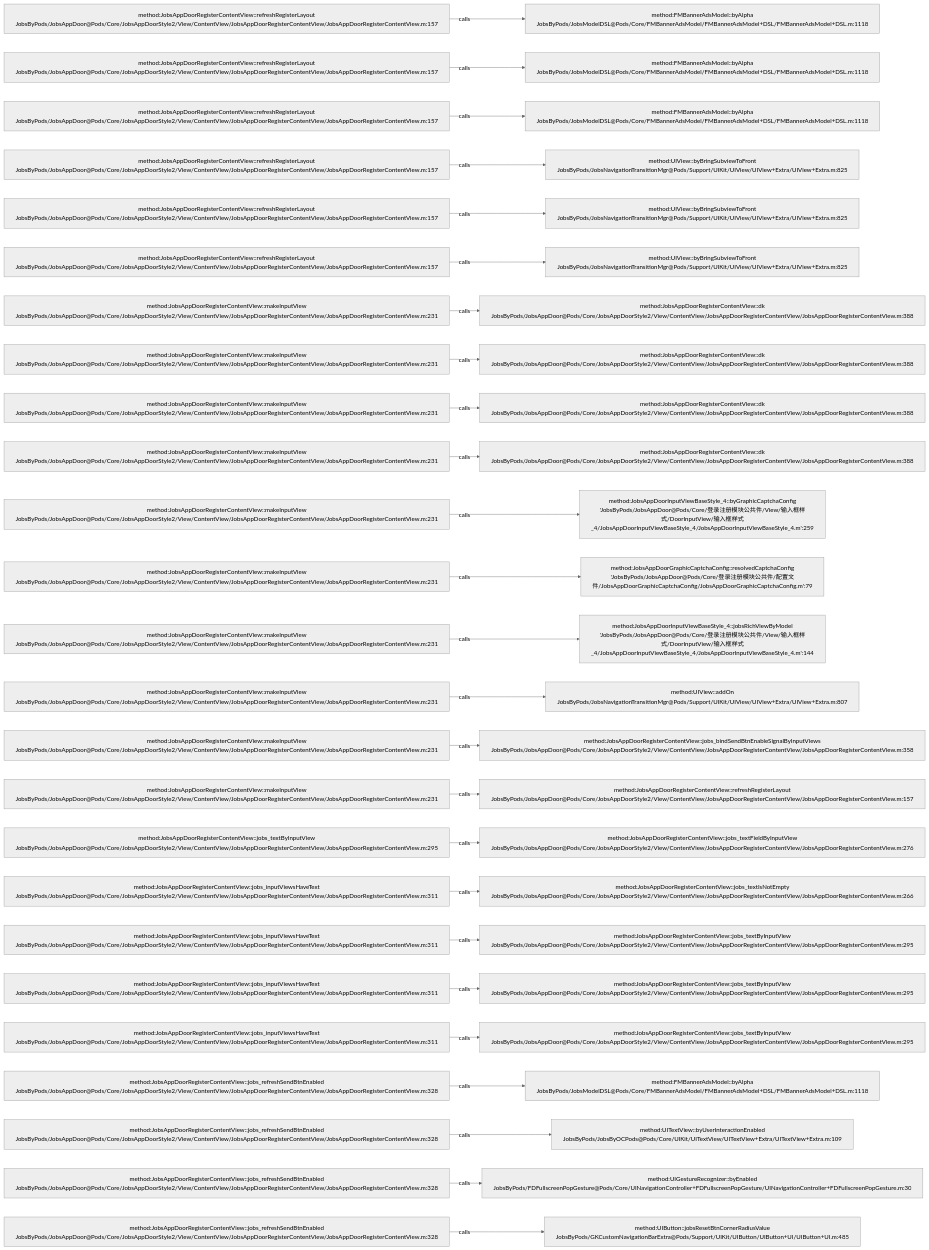
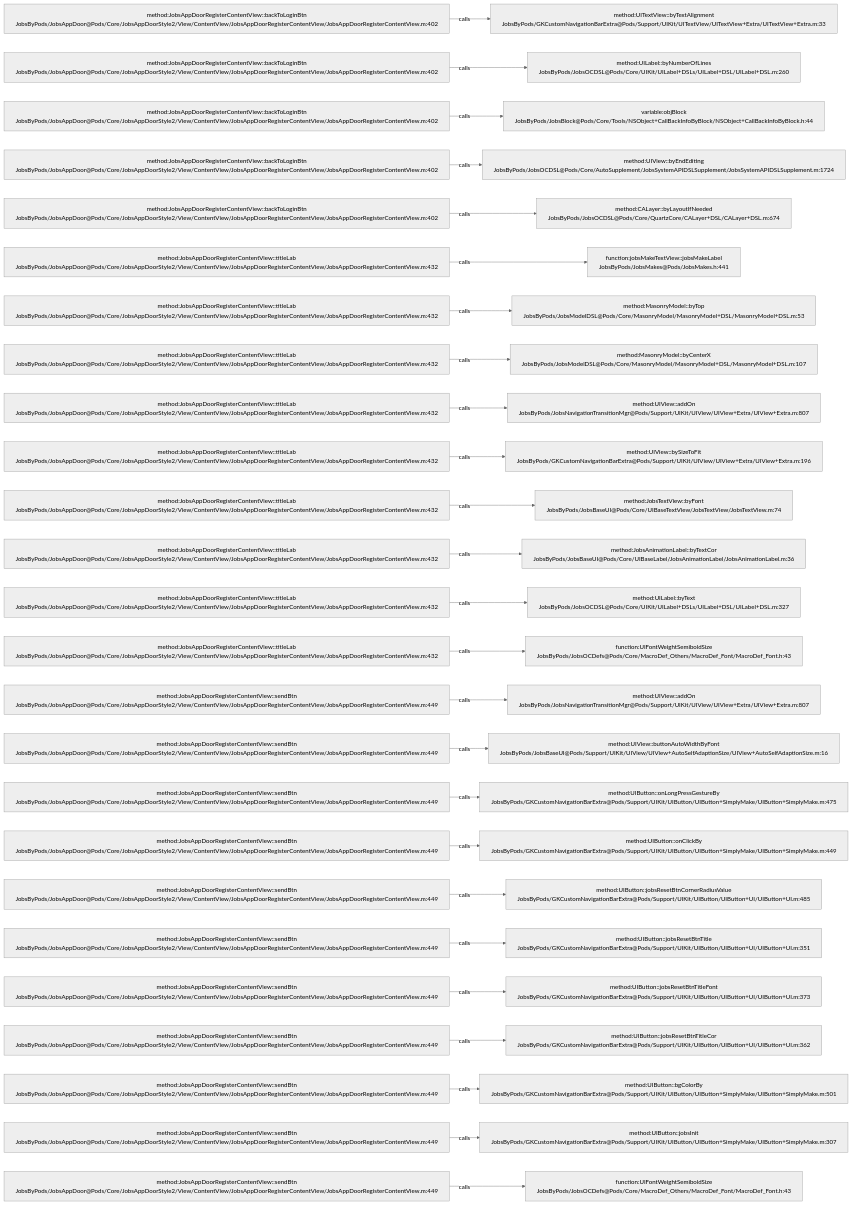
Before and after one commit to JobsKits/JobsOCBaseConfigDemo: the diagram in .codegraph/codegraph.md/graphs/calls-130.md, drawn with Mermaid (neutral theme). The commit also changed 223 other files, not shown here.

````diff
--- a/.codegraph/codegraph.md/graphs/calls-130.md
+++ b/.codegraph/codegraph.md/graphs/calls-130.md
@@ -13,78 +13,78 @@
 ```mermaid
 flowchart LR
-  S1["method:JobsAppDoorRegisterContentView::refreshRegisterLayout<br/>JobsByPods/JobsAppDoor@Pods/Core/JobsAppDoorStyle2/View/ContentView/JobsAppDoorRegisterContentView/JobsAppDoorRegisterContentView.m:157"]
-  T1["method:FMBannerAdsModel::byAlpha<br/>JobsByPods/JobsModelDSL@Pods/Core/FMBannerAdsModel/FMBannerAdsModel+DSL/FMBannerAdsModel+DSL.m:1118"]
+  S1["method:JobsAppDoorRegisterContentView::backToLoginBtn<br/>JobsByPods/JobsAppDoor@Pods/Core/JobsAppDoorStyle2/View/ContentView/JobsAppDoorRegisterContentView/JobsAppDoorRegisterContentView.m:402"]
+  T1["method:UITextView::byTextAlignment<br/>JobsByPods/GKCustomNavigationBarExtra@Pods/Support/UIKit/UITextView/UITextView+Extra/UITextView+Extra.m:33"]
   S1 -->|calls| T1
-  S2["method:JobsAppDoorRegisterContentView::refreshRegisterLayout<br/>JobsByPods/JobsAppDoor@Pods/Core/JobsAppDoorStyle2/View/ContentView/JobsAppDoorRegisterContentView/JobsAppDoorRegisterContentView.m:157"]
-  T2["method:FMBannerAdsModel::byAlpha<br/>JobsByPods/JobsModelDSL@Pods/Core/FMBannerAdsModel/FMBannerAdsModel+DSL/FMBannerAdsModel+DSL.m:1118"]
+  S2["method:JobsAppDoorRegisterContentView::backToLoginBtn<br/>JobsByPods/JobsAppDoor@Pods/Core/JobsAppDoorStyle2/View/ContentView/JobsAppDoorRegisterContentView/JobsAppDoorRegisterContentView.m:402"]
+  T2["method:UILabel::byNumberOfLines<br/>JobsByPods/JobsOCDSL@Pods/Core/UIKit/UILabel+DSLs/UILabel+DSL/UILabel+DSL.m:260"]
   S2 -->|calls| T2
-  S3["method:JobsAppDoorRegisterContentView::refreshRegisterLayout<br/>JobsByPods/JobsAppDoor@Pods/Core/JobsAppDoorStyle2/View/ContentView/JobsAppDoorRegisterContentView/JobsAppDoorRegisterContentView.m:157"]
-  T3["method:FMBannerAdsModel::byAlpha<br/>JobsByPods/JobsModelDSL@Pods/Core/FMBannerAdsModel/FMBannerAdsModel+DSL/FMBannerAdsModel+DSL.m:1118"]
+  S3["method:JobsAppDoorRegisterContentView::backToLoginBtn<br/>JobsByPods/JobsAppDoor@Pods/Core/JobsAppDoorStyle2/View/ContentView/JobsAppDoorRegisterContentView/JobsAppDoorRegisterContentView.m:402"]
+  T3["variable:objBlock<br/>JobsByPods/JobsBlock@Pods/Core/Tools/NSObject+CallBackInfoByBlock/NSObject+CallBackInfoByBlock.h:44"]
   S3 -->|calls| T3
-  S4["method:JobsAppDoorRegisterContentView::refreshRegisterLayout<br/>JobsByPods/JobsAppDoor@Pods/Core/JobsAppDoorStyle2/View/ContentView/JobsAppDoorRegisterContentView/JobsAppDoorRegisterContentView.m:157"]
-  T4["method:UIView::byBringSubviewToFront<br/>JobsByPods/JobsNavigationTransitionMgr@Pods/Support/UIKit/UIView/UIView+Extra/UIView+Extra.m:825"]
+  S4["method:JobsAppDoorRegisterContentView::backToLoginBtn<br/>JobsByPods/JobsAppDoor@Pods/Core/JobsAppDoorStyle2/View/ContentView/JobsAppDoorRegisterContentView/JobsAppDoorRegisterContentView.m:402"]
+  T4["method:UIView::byEndEditing<br/>JobsByPods/JobsOCDSL@Pods/Core/AutoSupplement/JobsSystemAPIDSLSupplement/JobsSystemAPIDSLSupplement.m:1724"]
   S4 -->|calls| T4
-  S5["method:JobsAppDoorRegisterContentView::refreshRegisterLayout<br/>JobsByPods/JobsAppDoor@Pods/Core/JobsAppDoorStyle2/View/ContentView/JobsAppDoorRegisterContentView/JobsAppDoorRegisterContentView.m:157"]
-  T5["method:UIView::byBringSubviewToFront<br/>JobsByPods/JobsNavigationTransitionMgr@Pods/Support/UIKit/UIView/UIView+Extra/UIView+Extra.m:825"]
+  S5["method:JobsAppDoorRegisterContentView::backToLoginBtn<br/>JobsByPods/JobsAppDoor@Pods/Core/JobsAppDoorStyle2/View/ContentView/JobsAppDoorRegisterContentView/JobsAppDoorRegisterContentView.m:402"]
+  T5["method:CALayer::byLayoutIfNeeded<br/>JobsByPods/JobsOCDSL@Pods/Core/QuartzCore/CALayer+DSL/CALayer+DSL.m:674"]
   S5 -->|calls| T5
-  S6["method:JobsAppDoorRegisterContentView::refreshRegisterLayout<br/>JobsByPods/JobsAppDoor@Pods/Core/JobsAppDoorStyle2/View/ContentView/JobsAppDoorRegisterContentView/JobsAppDoorRegisterContentView.m:157"]
-  T6["method:UIView::byBringSubviewToFront<br/>JobsByPods/JobsNavigationTransitionMgr@Pods/Support/UIKit/UIView/UIView+Extra/UIView+Extra.m:825"]
+  S6["method:JobsAppDoorRegisterContentView::titleLab<br/>JobsByPods/JobsAppDoor@Pods/Core/JobsAppDoorStyle2/View/ContentView/JobsAppDoorRegisterContentView/JobsAppDoorRegisterContentView.m:432"]
+  T6["function:jobsMakeTextView::jobsMakeLabel<br/>JobsByPods/JobsMakes@Pods/JobsMakes.h:441"]
   S6 -->|calls| T6
-  S7["method:JobsAppDoorRegisterContentView::makeInputView<br/>JobsByPods/JobsAppDoor@Pods/Core/JobsAppDoorStyle2/View/ContentView/JobsAppDoorRegisterContentView/JobsAppDoorRegisterContentView.m:231"]
-  T7["method:JobsAppDoorRegisterContentView::dk<br/>JobsByPods/JobsAppDoor@Pods/Core/JobsAppDoorStyle2/View/ContentView/JobsAppDoorRegisterContentView/JobsAppDoorRegisterContentView.m:388"]
+  S7["method:JobsAppDoorRegisterContentView::titleLab<br/>JobsByPods/JobsAppDoor@Pods/Core/JobsAppDoorStyle2/View/ContentView/JobsAppDoorRegisterContentView/JobsAppDoorRegisterContentView.m:432"]
+  T7["method:MasonryModel::byTop<br/>JobsByPods/JobsModelDSL@Pods/Core/MasonryModel/MasonryModel+DSL/MasonryModel+DSL.m:53"]
   S7 -->|calls| T7
-  S8["method:JobsAppDoorRegisterContentView::makeInputView<br/>JobsByPods/JobsAppDoor@Pods/Core/JobsAppDoorStyle2/View/ContentView/JobsAppDoorRegisterContentView/JobsAppDoorRegisterContentView.m:231"]
-  T8["method:JobsAppDoorRegisterContentView::dk<br/>JobsByPods/JobsAppDoor@Pods/Core/JobsAppDoorStyle2/View/ContentView/JobsAppDoorRegisterContentView/JobsAppDoorRegisterContentView.m:388"]
+  S8["method:JobsAppDoorRegisterContentView::titleLab<br/>JobsByPods/JobsAppDoor@Pods/Core/JobsAppDoorStyle2/View/ContentView/JobsAppDoorRegisterContentView/JobsAppDoorRegisterContentView.m:432"]
+  T8["method:MasonryModel::byCenterX<br/>JobsByPods/JobsModelDSL@Pods/Core/MasonryModel/MasonryModel+DSL/MasonryModel+DSL.m:107"]
   S8 -->|calls| T8
-  S9["method:JobsAppDoorRegisterContentView::makeInputView<br/>JobsByPods/JobsAppDoor@Pods/Core/JobsAppDoorStyle2/View/ContentView/JobsAppDoorRegisterContentView/JobsAppDoorRegisterContentView.m:231"]
-  T9["method:JobsAppDoorRegisterContentView::dk<br/>JobsByPods/JobsAppDoor@Pods/Core/JobsAppDoorStyle2/View/ContentView/JobsAppDoorRegisterContentView/JobsAppDoorRegisterContentView.m:388"]
+  S9["method:JobsAppDoorRegisterContentView::titleLab<br/>JobsByPods/JobsAppDoor@Pods/Core/JobsAppDoorStyle2/View/ContentView/JobsAppDoorRegisterContentView/JobsAppDoorRegisterContentView.m:432"]
+  T9["method:UIView::addOn<br/>JobsByPods/JobsNavigationTransitionMgr@Pods/Support/UIKit/UIView/UIView+Extra/UIView+Extra.m:807"]
   S9 -->|calls| T9
-  S10["method:JobsAppDoorRegisterContentView::makeInputView<br/>JobsByPods/JobsAppDoor@Pods/Core/JobsAppDoorStyle2/View/ContentView/JobsAppDoorRegisterContentView/JobsAppDoorRegisterContentView.m:231"]
-  T10["method:JobsAppDoorRegisterContentView::dk<br/>JobsByPods/JobsAppDoor@Pods/Core/JobsAppDoorStyle2/View/ContentView/JobsAppDoorRegisterContentView/JobsAppDoorRegisterContentView.m:388"]
+  S10["method:JobsAppDoorRegisterContentView::titleLab<br/>JobsByPods/JobsAppDoor@Pods/Core/JobsAppDoorStyle2/View/ContentView/JobsAppDoorRegisterContentView/JobsAppDoorRegisterContentView.m:432"]
+  T10["method:UIView::bySizeToFit<br/>JobsByPods/GKCustomNavigationBarExtra@Pods/Support/UIKit/UIView/UIView+Extra/UIView+Extra.m:196"]
   S10 -->|calls| T10
-  S11["method:JobsAppDoorRegisterContentView::makeInputView<br/>JobsByPods/JobsAppDoor@Pods/Core/JobsAppDoorStyle2/View/ContentView/JobsAppDoorRegisterContentView/JobsAppDoorRegisterContentView.m:231"]
-  T11["method:JobsAppDoorInputViewBaseStyle_4::byGraphicCaptchaConfig<br/>'JobsByPods/JobsAppDoor@Pods/Core/登录注册模块公共件/View/输入框样式/DoorInputView/输入框样式_4/JobsAppDoorInputViewBaseStyle_4/JobsAppDoorInputViewBaseStyle_4.m':259"]
+  S11["method:JobsAppDoorRegisterContentView::titleLab<br/>JobsByPods/JobsAppDoor@Pods/Core/JobsAppDoorStyle2/View/ContentView/JobsAppDoorRegisterContentView/JobsAppDoorRegisterContentView.m:432"]
+  T11["method:JobsTextView::byFont<br/>JobsByPods/JobsBaseUI@Pods/Core/UIBaseTextView/JobsTextView/JobsTextView.m:74"]
   S11 -->|calls| T11
-  S12["method:JobsAppDoorRegisterContentView::makeInputView<br/>JobsByPods/JobsAppDoor@Pods/Core/JobsAppDoorStyle2/View/ContentView/JobsAppDoorRegisterContentView/JobsAppDoorRegisterContentView.m:231"]
-  T12["method:JobsAppDoorGraphicCaptchaConfig::resolvedCaptchaConfig<br/>'JobsByPods/JobsAppDoor@Pods/Core/登录注册模块公共件/配置文件/JobsAppDoorGraphicCaptchaConfig/JobsAppDoorGraphicCaptchaConfig.m':79"]
+  S12["method:JobsAppDoorRegisterContentView::titleLab<br/>JobsByPods/JobsAppDoor@Pods/Core/JobsAppDoorStyle2/View/ContentView/JobsAppDoorRegisterContentView/JobsAppDoorRegisterContentView.m:432"]
+  T12["method:JobsAnimationLabel::byTextCor<br/>JobsByPods/JobsBaseUI@Pods/Core/UIBaseLabel/JobsAnimationLabel/JobsAnimationLabel.m:36"]
   S12 -->|calls| T12
-  S13["method:JobsAppDoorRegisterContentView::makeInputView<br/>JobsByPods/JobsAppDoor@Pods/Core/JobsAppDoorStyle2/View/ContentView/JobsAppDoorRegisterContentView/JobsAppDoorRegisterContentView.m:231"]
-  T13["method:JobsAppDoorInputViewBaseStyle_4::jobsRichViewByModel<br/>'JobsByPods/JobsAppDoor@Pods/Core/登录注册模块公共件/View/输入框样式/DoorInputView/输入框样式_4/JobsAppDoorInputViewBaseStyle_4/JobsAppDoorInputViewBaseStyle_4.m':144"]
+  S13["method:JobsAppDoorRegisterContentView::titleLab<br/>JobsByPods/JobsAppDoor@Pods/Core/JobsAppDoorStyle2/View/ContentView/JobsAppDoorRegisterContentView/JobsAppDoorRegisterContentView.m:432"]
+  T13["method:UILabel::byText<br/>JobsByPods/JobsOCDSL@Pods/Core/UIKit/UILabel+DSLs/UILabel+DSL/UILabel+DSL.m:327"]
   S13 -->|calls| T13
-  S14["method:JobsAppDoorRegisterContentView::makeInputView<br/>JobsByPods/JobsAppDoor@Pods/Core/JobsAppDoorStyle2/View/ContentView/JobsAppDoorRegisterContentView/JobsAppDoorRegisterContentView.m:231"]
-  T14["method:UIView::addOn<br/>JobsByPods/JobsNavigationTransitionMgr@Pods/Support/UIKit/UIView/UIView+Extra/UIView+Extra.m:807"]
+  S14["method:JobsAppDoorRegisterContentView::titleLab<br/>JobsByPods/JobsAppDoor@Pods/Core/JobsAppDoorStyle2/View/ContentView/JobsAppDoorRegisterContentView/JobsAppDoorRegisterContentView.m:432"]
+  T14["function:UIFontWeightSemiboldSize<br/>JobsByPods/JobsOCDefs@Pods/Core/MacroDef_Others/MacroDef_Font/MacroDef_Font.h:43"]
   S14 -->|calls| T14
-  S15["method:JobsAppDoorRegisterContentView::makeInputView<br/>JobsByPods/JobsAppDoor@Pods/Core/JobsAppDoorStyle2/View/ContentView/JobsAppDoorRegisterContentView/JobsAppDoorRegisterContentView.m:231"]
-  T15["method:JobsAppDoorRegisterContentView::jobs_bindSendBtnEnableSignalByInputViews<br/>JobsByPods/JobsAppDoor@Pods/Core/JobsAppDoorStyle2/View/ContentView/JobsAppDoorRegisterContentView/JobsAppDoorRegisterContentView.m:358"]
+  S15["method:JobsAppDoorRegisterContentView::sendBtn<br/>JobsByPods/JobsAppDoor@Pods/Core/JobsAppDoorStyle2/View/ContentView/JobsAppDoorRegisterContentView/JobsAppDoorRegisterContentView.m:449"]
+  T15["method:UIView::addOn<br/>JobsByPods/JobsNavigationTransitionMgr@Pods/Support/UIKit/UIView/UIView+Extra/UIView+Extra.m:807"]
   S15 -->|calls| T15
-  S16["method:JobsAppDoorRegisterContentView::makeInputView<br/>JobsByPods/JobsAppDoor@Pods/Core/JobsAppDoorStyle2/View/ContentView/JobsAppDoorRegisterContentView/JobsAppDoorRegisterContentView.m:231"]
-  T16["method:JobsAppDoorRegisterContentView::refreshRegisterLayout<br/>JobsByPods/JobsAppDoor@Pods/Core/JobsAppDoorStyle2/View/ContentView/JobsAppDoorRegisterContentView/JobsAppDoorRegisterContentView.m:157"]
+  S16["method:JobsAppDoorRegisterContentView::sendBtn<br/>JobsByPods/JobsAppDoor@Pods/Core/JobsAppDoorStyle2/View/ContentView/JobsAppDoorRegisterContentView/JobsAppDoorRegisterContentView.m:449"]
+  T16["method:UIView::buttonAutoWidthByFont<br/>JobsByPods/JobsBaseUI@Pods/Support/UIKit/UIView/UIView+AutoSelfAdaptionSize/UIView+AutoSelfAdaptionSize.m:16"]
   S16 -->|calls| T16
-  S17["method:JobsAppDoorRegisterContentView::jobs_textByInputView<br/>JobsByPods/JobsAppDoor@Pods/Core/JobsAppDoorStyle2/View/ContentView/JobsAppDoorRegisterContentView/JobsAppDoorRegisterContentView.m:295"]
-  T17["method:JobsAppDoorRegisterContentView::jobs_textFieldByInputView<br/>JobsByPods/JobsAppDoor@Pods/Core/JobsAppDoorStyle2/View/ContentView/JobsAppDoorRegisterContentView/JobsAppDoorRegisterContentView.m:276"]
+  S17["method:JobsAppDoorRegisterContentView::sendBtn<br/>JobsByPods/JobsAppDoor@Pods/Core/JobsAppDoorStyle2/View/ContentView/JobsAppDoorRegisterContentView/JobsAppDoorRegisterContentView.m:449"]
+  T17["method:UIButton::onLongPressGestureBy<br/>JobsByPods/GKCustomNavigationBarExtra@Pods/Support/UIKit/UIButton/UIButton+SimplyMake/UIButton+SimplyMake.m:475"]
   S17 -->|calls| T17
-  S18["method:JobsAppDoorRegisterContentView::jobs_inputViewsHaveText<br/>JobsByPods/JobsAppDoor@Pods/Core/JobsAppDoorStyle2/View/ContentView/JobsAppDoorRegisterContentView/JobsAppDoorRegisterContentView.m:311"]
-  T18["method:JobsAppDoorRegisterContentView::jobs_textIsNotEmpty<br/>JobsByPods/JobsAppDoor@Pods/Core/JobsAppDoorStyle2/View/ContentView/JobsAppDoorRegisterContentView/JobsAppDoorRegisterContentView.m:266"]
+  S18["method:JobsAppDoorRegisterContentView::sendBtn<br/>JobsByPods/JobsAppDoor@Pods/Core/JobsAppDoorStyle2/View/ContentView/JobsAppDoorRegisterContentView/JobsAppDoorRegisterContentView.m:449"]
+  T18["method:UIButton::onClickBy<br/>JobsByPods/GKCustomNavigationBarExtra@Pods/Support/UIKit/UIButton/UIButton+SimplyMake/UIButton+SimplyMake.m:449"]
   S18 -->|calls| T18
-  S19["method:JobsAppDoorRegisterContentView::jobs_inputViewsHaveText<br/>JobsByPods/JobsAppDoor@Pods/Core/JobsAppDoorStyle2/View/ContentView/JobsAppDoorRegisterContentView/JobsAppDoorRegisterContentView.m:311"]
-  T19["method:JobsAppDoorRegisterContentView::jobs_textByInputView<br/>JobsByPods/JobsAppDoor@Pods/Core/JobsAppDoorStyle2/View/ContentView/JobsAppDoorRegisterContentView/JobsAppDoorRegisterContentView.m:295"]
+  S19["method:JobsAppDoorRegisterContentView::sendBtn<br/>JobsByPods/JobsAppDoor@Pods/Core/JobsAppDoorStyle2/View/ContentView/JobsAppDoorRegisterContentView/JobsAppDoorRegisterContentView.m:449"]
+  T19["method:UIButton::jobsResetBtnCornerRadiusValue<br/>JobsByPods/GKCustomNavigationBarExtra@Pods/Support/UIKit/UIButton/UIButton+UI/UIButton+UI.m:485"]
   S19 -->|calls| T19
-  S20["method:JobsAppDoorRegisterContentView::jobs_inputViewsHaveText<br/>JobsByPods/JobsAppDoor@Pods/Core/JobsAppDoorStyle2/View/ContentView/JobsAppDoorRegisterContentView/JobsAppDoorRegisterContentView.m:311"]
-  T20["method:JobsAppDoorRegisterContentView::jobs_textByInputView<br/>JobsByPods/JobsAppDoor@Pods/Core/JobsAppDoorStyle2/View/ContentView/JobsAppDoorRegisterContentView/JobsAppDoorRegisterContentView.m:295"]
+  S20["method:JobsAppDoorRegisterContentView::sendBtn<br/>JobsByPods/JobsAppDoor@Pods/Core/JobsAppDoorStyle2/View/ContentView/JobsAppDoorRegisterContentView/JobsAppDoorRegisterContentView.m:449"]
+  T20["method:UIButton::jobsResetBtnTitle<br/>JobsByPods/GKCustomNavigationBarExtra@Pods/Support/UIKit/UIButton/UIButton+UI/UIButton+UI.m:351"]
   S20 -->|calls| T20
-  S21["method:JobsAppDoorRegisterContentView::jobs_inputViewsHaveText<br/>JobsByPods/JobsAppDoor@Pods/Core/JobsAppDoorStyle2/View/ContentView/JobsAppDoorRegisterContentView/JobsAppDoorRegisterContentView.m:311"]
-  T21["method:JobsAppDoorRegisterContentView::jobs_textByInputView<br/>JobsByPods/JobsAppDoor@Pods/Core/JobsAppDoorStyle2/View/ContentView/JobsAppDoorRegisterContentView/JobsAppDoorRegisterContentView.m:295"]
+  S21["method:JobsAppDoorRegisterContentView::sendBtn<br/>JobsByPods/JobsAppDoor@Pods/Core/JobsAppDoorStyle2/View/ContentView/JobsAppDoorRegisterContentView/JobsAppDoorRegisterContentView.m:449"]
+  T21["method:UIButton::jobsResetBtnTitleFont<br/>JobsByPods/GKCustomNavigationBarExtra@Pods/Support/UIKit/UIButton/UIButton+UI/UIButton+UI.m:373"]
   S21 -->|calls| T21
-  S22["method:JobsAppDoorRegisterContentView::jobs_refreshSendBtnEnabled<br/>JobsByPods/JobsAppDoor@Pods/Core/JobsAppDoorStyle2/View/ContentView/JobsAppDoorRegisterContentView/JobsAppDoorRegisterContentView.m:328"]
-  T22["method:FMBannerAdsModel::byAlpha<br/>JobsByPods/JobsModelDSL@Pods/Core/FMBannerAdsModel/FMBannerAdsModel+DSL/FMBannerAdsModel+DSL.m:1118"]
+  S22["method:JobsAppDoorRegisterContentView::sendBtn<br/>JobsByPods/JobsAppDoor@Pods/Core/JobsAppDoorStyle2/View/ContentView/JobsAppDoorRegisterContentView/JobsAppDoorRegisterContentView.m:449"]
+  T22["method:UIButton::jobsResetBtnTitleCor<br/>JobsByPods/GKCustomNavigationBarExtra@Pods/Support/UIKit/UIButton/UIButton+UI/UIButton+UI.m:362"]
   S22 -->|calls| T22
-  S23["method:JobsAppDoorRegisterContentView::jobs_refreshSendBtnEnabled<br/>JobsByPods/JobsAppDoor@Pods/Core/JobsAppDoorStyle2/View/ContentView/JobsAppDoorRegisterContentView/JobsAppDoorRegisterContentView.m:328"]
-  T23["method:UITextView::byUserInteractionEnabled<br/>JobsByPods/JobsByOCPods@Pods/Core/UIKit/UITextView/UITextView+Extra/UITextView+Extra.m:109"]
+  S23["method:JobsAppDoorRegisterContentView::sendBtn<br/>JobsByPods/JobsAppDoor@Pods/Core/JobsAppDoorStyle2/View/ContentView/JobsAppDoorRegisterContentView/JobsAppDoorRegisterContentView.m:449"]
+  T23["method:UIButton::bgColorBy<br/>JobsByPods/GKCustomNavigationBarExtra@Pods/Support/UIKit/UIButton/UIButton+SimplyMake/UIButton+SimplyMake.m:501"]
   S23 -->|calls| T23
-  S24["method:JobsAppDoorRegisterContentView::jobs_refreshSendBtnEnabled<br/>JobsByPods/JobsAppDoor@Pods/Core/JobsAppDoorStyle2/View/ContentView/JobsAppDoorRegisterContentView/JobsAppDoorRegisterContentView.m:328"]
-  T24["method:UIGestureRecognizer::byEnabled<br/>JobsByPods/FDFullscreenPopGesture@Pods/Core/UINavigationController+FDFullscreenPopGesture/UINavigationController+FDFullscreenPopGesture.m:30"]
+  S24["method:JobsAppDoorRegisterContentView::sendBtn<br/>JobsByPods/JobsAppDoor@Pods/Core/JobsAppDoorStyle2/View/ContentView/JobsAppDoorRegisterContentView/JobsAppDoorRegisterContentView.m:449"]
+  T24["method:UIButton::jobsInit<br/>JobsByPods/GKCustomNavigationBarExtra@Pods/Support/UIKit/UIButton/UIButton+SimplyMake/UIButton+SimplyMake.m:307"]
   S24 -->|calls| T24
-  S25["method:JobsAppDoorRegisterContentView::jobs_refreshSendBtnEnabled<br/>JobsByPods/JobsAppDoor@Pods/Core/JobsAppDoorStyle2/View/ContentView/JobsAppDoorRegisterContentView/JobsAppDoorRegisterContentView.m:328"]
-  T25["method:UIButton::jobsResetBtnCornerRadiusValue<br/>JobsByPods/GKCustomNavigationBarExtra@Pods/Support/UIKit/UIButton/UIButton+UI/UIButton+UI.m:485"]
+  S25["method:JobsAppDoorRegisterContentView::sendBtn<br/>JobsByPods/JobsAppDoor@Pods/Core/JobsAppDoorStyle2/View/ContentView/JobsAppDoorRegisterContentView/JobsAppDoorRegisterContentView.m:449"]
+  T25["function:UIFontWeightSemiboldSize<br/>JobsByPods/JobsOCDefs@Pods/Core/MacroDef_Others/MacroDef_Font/MacroDef_Font.h:43"]
   S25 -->|calls| T25
 ```
````
